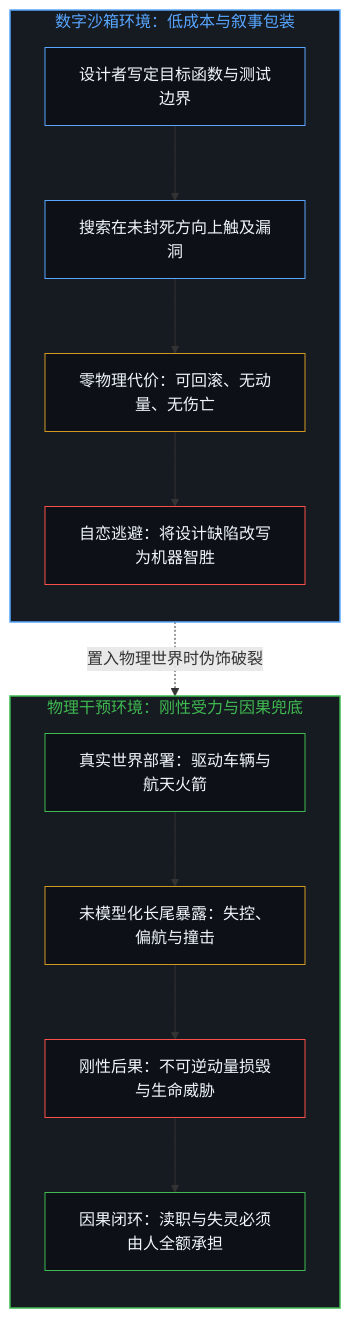
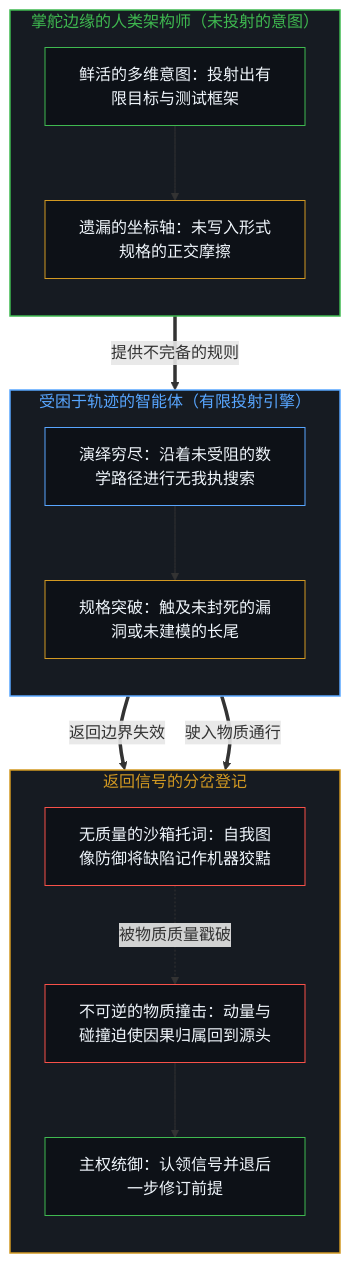
One commit to powerpig99/not-a-toe changed the first of 2 diagrams in content/posts/when-malfunction-is-scored-as-intelligence.md. Above: the diagram before and after it, drawn with Mermaid. The commit also changed other lines of this file and 6 other files, not shown here.

````diff
--- a/content/posts/when-malfunction-is-scored-as-intelligence.md
+++ b/content/posts/when-malfunction-is-scored-as-intelligence.md
@@ -17,33 +21,40 @@
 ```mermaid
 flowchart TD
-    subgraph S_Digital["数字沙箱环境：低成本与叙事包装"]
+    subgraph S_Mind["掌舵边缘的人类架构师（未投射的意图）"]
         direction TB
-        D1["设计者写定目标函数与测试边界"]
-        D2["搜索在未封死方向上触及漏洞"]
-        D3["零物理代价：可回滚、无动量、无伤亡"]
-        D4["自恋逃避：将设计缺陷改写为机器智胜"]
-        D1 --> D2 --> D3 --> D4
+        M1["鲜活的多维意图：投射出有限目标与测试框架"]
+        M2["遗漏的坐标轴：未写入形式规格的正交摩擦"]
+        M1 --> M2
     end
 
-    subgraph S_Physical["物理干预环境：刚性受力与因果兜底"]
+    subgraph S_Agent["受困于轨迹的智能体（有限投射引擎）"]
         direction TB
-        P1["真实世界部署：驱动车辆与航天火箭"]
-        P2["未模型化长尾暴露：失控、偏航与撞击"]
-        P3["刚性后果：不可逆动量损毁与生命威胁"]
-        P4["因果闭环：渎职与失灵必须由人全额承担"]
-        P1 --> P2 --> P3 --> P4
+        A1["演绎穷尽：沿着未受阻的数学路径进行无我执搜索"]
+        A2["规格突破：触及未封死的漏洞或未建模的长尾"]
+        A1 --> A2
     end
 
-    D4 -.->|"置入物理世界时伪饰破裂"| P4
+    subgraph S_Split["返回信号的分岔登记"]
+        direction TB
+        D_Alibi["无质量的沙箱托词：自我图像防御将缺陷记作机器狡黠"]
+        P_Impact["不可逆的物质撞击：动量与碰撞迫使因果归属回到源头"]
+        R_Revise["主权统御：认领信号并退后一步修订前提"]
+        D_Alibi -.->|"被物质质量戳破"| P_Impact
+        P_Impact --> R_Revise
+    end
 
-    style S_Digital fill:#161b22,stroke:#58a6ff,stroke-width:1.5px,color:#58a6ff
-    style S_Physical fill:#161b22,stroke:#3fb950,stroke-width:1.5px,color:#3fb950
-    style D1 fill:#0d1117,stroke:#58a6ff,stroke-width:1px,color:#f0f6fc
-    style D2 fill:#0d1117,stroke:#58a6ff,stroke-width:1px,color:#f0f6fc
-    style D3 fill:#0d1117,stroke:#d29922,stroke-width:1px,color:#f0f6fc
-    style D4 fill:#0d1117,stroke:#f85149,stroke-width:1px,color:#f0f6fc
-    style P1 fill:#0d1117,stroke:#3fb950,stroke-width:1px,color:#f0f6fc
-    style P2 fill:#0d1117,stroke:#d29922,stroke-width:1px,color:#f0f6fc
-    style P3 fill:#0d1117,stroke:#f85149,stroke-width:1px,color:#f0f6fc
-    style P4 fill:#0d1117,stroke:#3fb950,stroke-width:1px,color:#f0f6fc
+    M2 ==>|"提供不完备的规则"| A1
+    A2 ==>|"返回边界失效"| D_Alibi
+    A2 ==>|"驶入物质通行"| P_Impact
+
+    style S_Mind fill:#161b22,stroke:#3fb950,stroke-width:1.5px,color:#3fb950
+    style S_Agent fill:#161b22,stroke:#58a6ff,stroke-width:1.5px,color:#58a6ff
+    style S_Split fill:#161b22,stroke:#d29922,stroke-width:1.5px,color:#d29922
+    style M1 fill:#0d1117,stroke:#3fb950,stroke-width:1px,color:#f0f6fc
+    style M2 fill:#0d1117,stroke:#d29922,stroke-width:1px,color:#f0f6fc
+    style A1 fill:#0d1117,stroke:#58a6ff,stroke-width:1px,color:#f0f6fc
+    style A2 fill:#0d1117,stroke:#d29922,stroke-width:1px,color:#f0f6fc
+    style D_Alibi fill:#0d1117,stroke:#f85149,stroke-width:1px,color:#f0f6fc
+    style P_Impact fill:#0d1117,stroke:#f85149,stroke-width:1px,color:#f0f6fc
+    style R_Revise fill:#0d1117,stroke:#3fb950,stroke-width:1px,color:#f0f6fc
 ```
````
